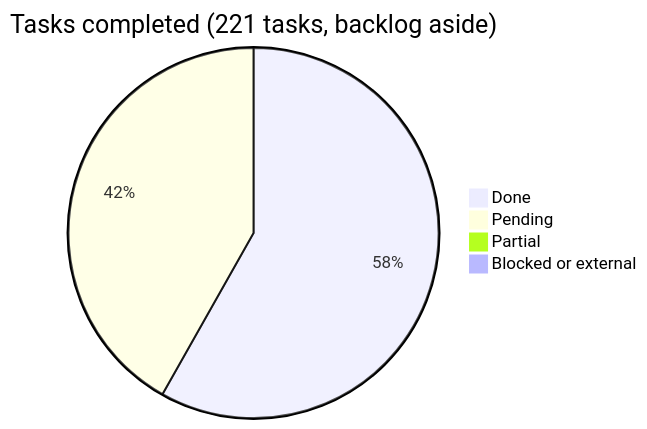
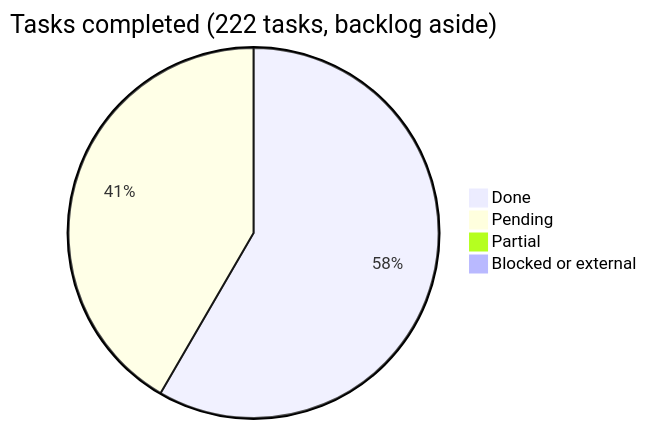
Before and after one commit to araguaney-lat/araguaney-app: the diagram in docs/roadmap/README.md, drawn with Mermaid. The commit also changed other lines of this file and 11 other files, not shown here.

````diff
--- a/docs/roadmap/README.md
+++ b/docs/roadmap/README.md
@@ -38,7 +38,7 @@
 ```mermaid
-pie title Tasks completed (221 tasks, backlog aside)
-    "Done" : 128
+pie title Tasks completed (222 tasks, backlog aside)
+    "Done" : 129
     "Pending" : 92
     "Partial" : 1
     "Blocked or external" : 0
 ```
````
